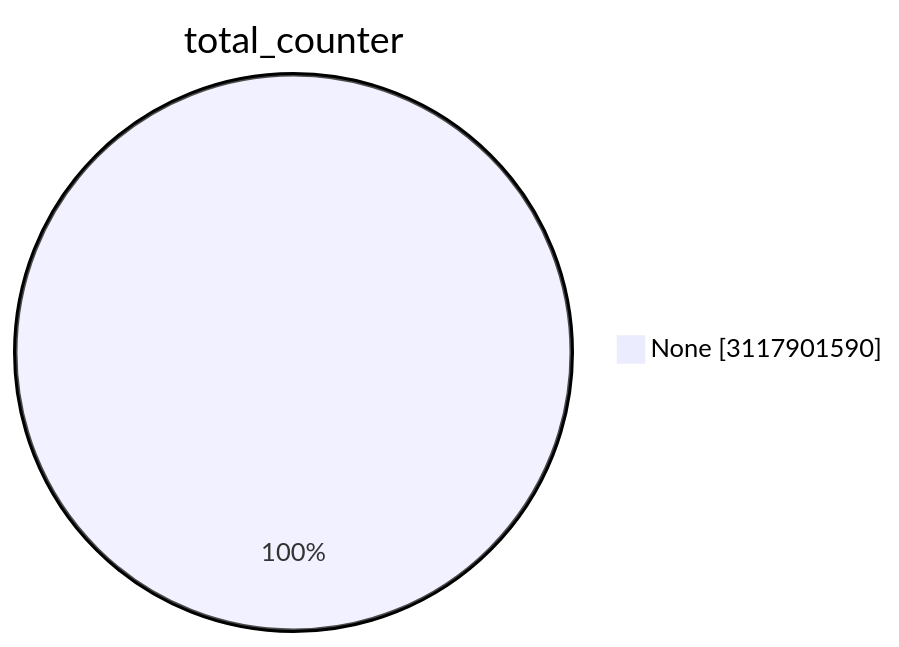
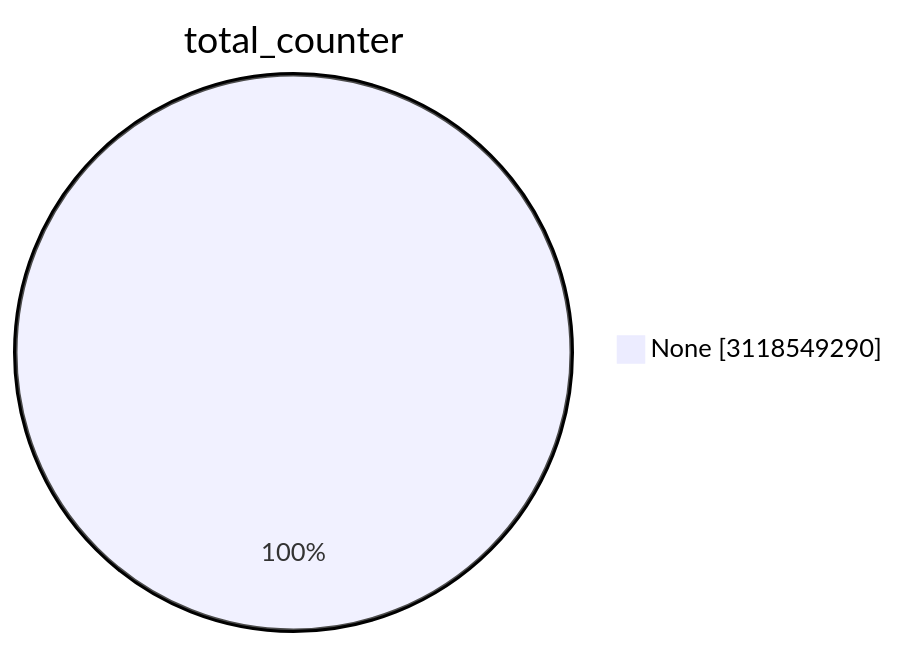
One commit to christiankrug/ctmonitor_visualization changed the first of 15 diagrams in TOTAL/README.md. Above: the diagram before and after it, drawn with Mermaid. The commit also changed other lines of this file, not shown here.

````diff
--- a/TOTAL/README.md
+++ b/TOTAL/README.md
@@ -1,5 +1,5 @@
 ```mermaid
 pie showData
 title total_counter
-"None" :3117901590
+"None" :3118549290
 ```
````
